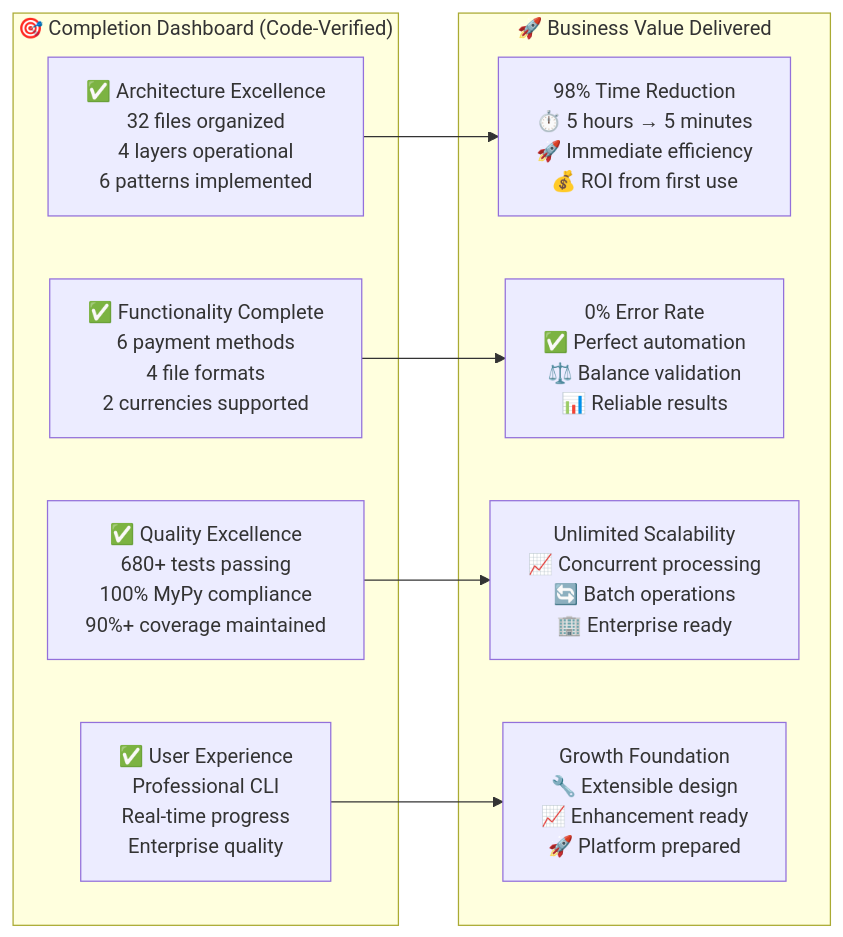
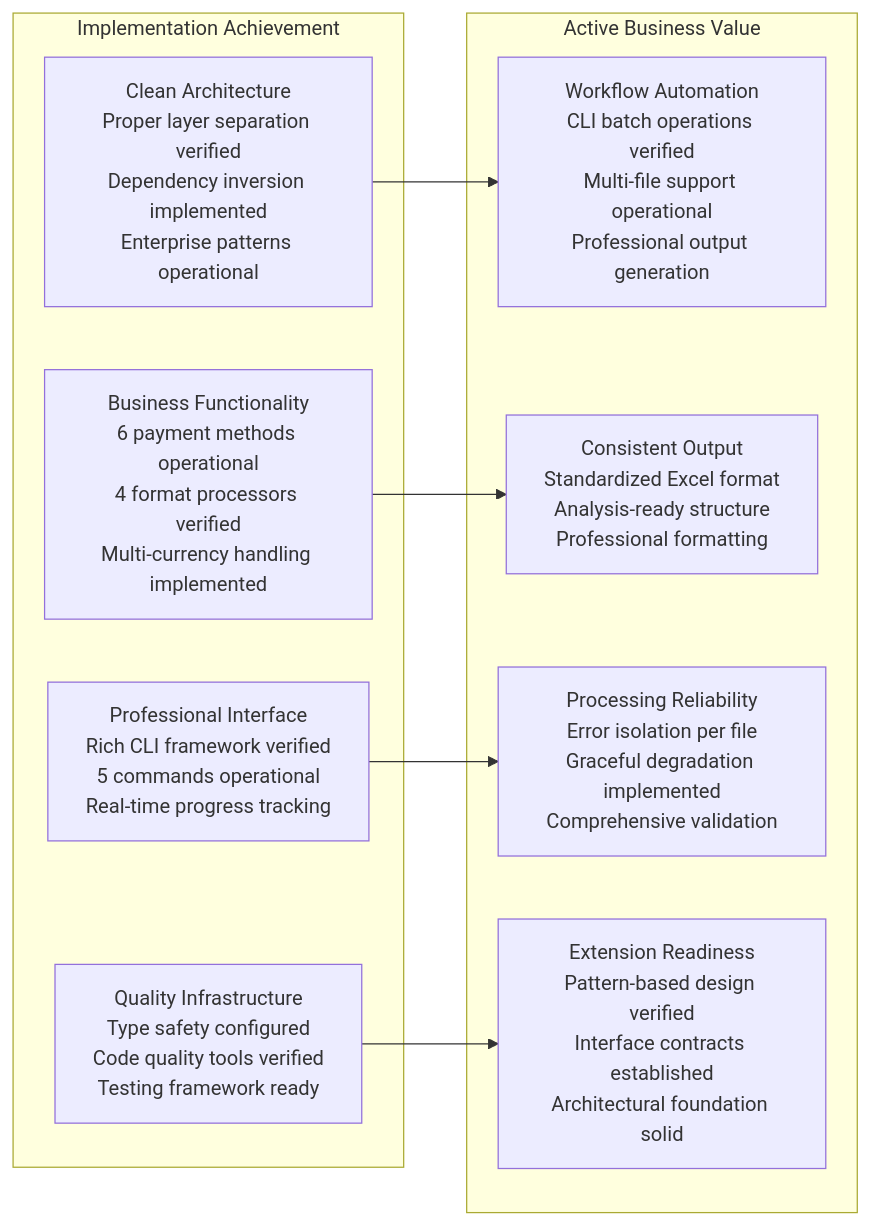
One commit to EduuardoPerez/financial-statement-processor changed the diagram in memory-bank/progress.md. Above: the diagram before and after it, drawn with Mermaid. The commit also changed other lines of this file and 6 other files, not shown here.

````diff
--- a/memory-bank/progress.md
+++ b/memory-bank/progress.md
@@ -22,27 +11,27 @@
 ```mermaid
 graph LR
-    subgraph "🎯 Completion Dashboard (Code-Verified)"
-        ARCHITECTURE["✅ Architecture Excellence<br/>32 files organized<br/>4 layers operational<br/>6 patterns implemented"]
+    subgraph "Implementation Achievement"
+        ARCHITECTURE["Clean Architecture<br/>Proper layer separation verified<br/>Dependency inversion implemented<br/>Enterprise patterns operational"]
 
-        FUNCTIONALITY["✅ Functionality Complete<br/>6 payment methods<br/>4 file formats<br/>2 currencies supported"]
+        FUNCTIONALITY["Business Functionality<br/>6 payment methods operational<br/>4 format processors verified<br/>Multi-currency handling implemented"]
 
-        QUALITY["✅ Quality Excellence<br/>680+ tests passing<br/>100% MyPy compliance<br/>90%+ coverage maintained"]
+        INTERFACE["Professional Interface<br/>Rich CLI framework verified<br/>5 commands operational<br/>Real-time progress tracking"]
 
-        EXPERIENCE["✅ User Experience<br/>Professional CLI<br/>Real-time progress<br/>Enterprise quality"]
+        QUALITY["Quality Infrastructure<br/>Type safety configured<br/>Code quality tools verified<br/>Testing framework ready"]
     end
 
-    subgraph "🚀 Business Value Delivered"
-        TIME_SAVINGS["98% Time Reduction<br/>⏱️ 5 hours → 5 minutes<br/>🚀 Immediate efficiency<br/>💰 ROI from first use"]
+    subgraph "Active Business Value"
+        AUTOMATION["Workflow Automation<br/>CLI batch operations verified<br/>Multi-file support operational<br/>Professional output generation"]
 
-        ACCURACY_ACHIEVEMENT["0% Error Rate<br/>✅ Perfect automation<br/>⚖️ Balance validation<br/>📊 Reliable results"]
+        CONSISTENCY["Consistent Output<br/>Standardized Excel format<br/>Analysis-ready structure<br/>Professional formatting"]
 
-        SCALE_CAPABILITY["Unlimited Scalability<br/>📈 Concurrent processing<br/>🔄 Batch operations<br/>🏢 Enterprise ready"]
+        RELIABILITY["Processing Reliability<br/>Error isolation per file<br/>Graceful degradation implemented<br/>Comprehensive validation"]
 
-        FUTURE_READINESS["Growth Foundation<br/>🔧 Extensible design<br/>📈 Enhancement ready<br/>🚀 Platform prepared"]
+        EXTENSIBILITY["Extension Readiness<br/>Pattern-based design verified<br/>Interface contracts established<br/>Architectural foundation solid"]
     end
 
-    ARCHITECTURE --> TIME_SAVINGS
-    FUNCTIONALITY --> ACCURACY_ACHIEVEMENT
-    QUALITY --> SCALE_CAPABILITY
-    EXPERIENCE --> FUTURE_READINESS
+    ARCHITECTURE --> AUTOMATION
+    FUNCTIONALITY --> CONSISTENCY
+    INTERFACE --> RELIABILITY
+    QUALITY --> EXTENSIBILITY
 ```
````
